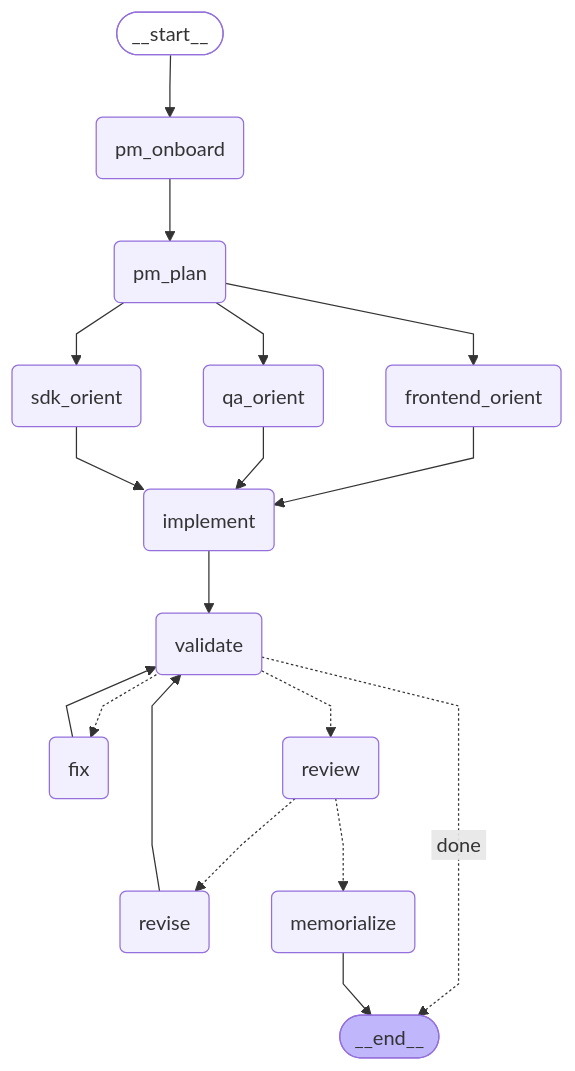
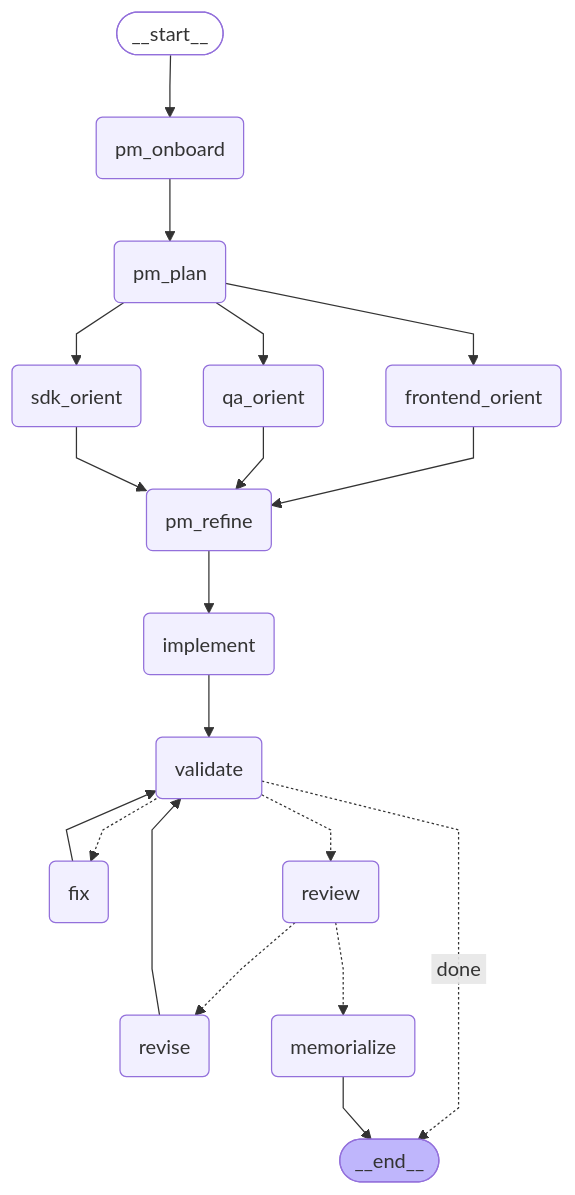
Before and after one commit to sdcarter/posh-overlay: the diagram in README.md, drawn with Mermaid. The commit also changed other lines of this file and 3 other files, not shown here.

First line of the commit message:
add pm_refine node — PM synthesizes orient reports into implementation brief

````diff
--- a/README.md
+++ b/README.md
@@ -85,41 +85,43 @@
 ```mermaid
 ---
 config:
   flowchart:
     curve: linear
 ---
 graph TD;
 	__start__([<p>__start__</p>]):::first
 	pm_onboard(pm_onboard)
 	pm_plan(pm_plan)
 	sdk_orient(sdk_orient)
 	frontend_orient(frontend_orient)
 	qa_orient(qa_orient)
+	pm_refine(pm_refine)
 	implement(implement)
 	validate(validate)
 	fix(fix)
 	review(review)
 	revise(revise)
 	memorialize(memorialize)
 	__end__([<p>__end__</p>]):::last
 	__start__ --> pm_onboard;
 	fix --> validate;
-	frontend_orient --> implement;
+	frontend_orient --> pm_refine;
 	implement --> validate;
 	pm_onboard --> pm_plan;
 	pm_plan --> frontend_orient;
 	pm_plan --> qa_orient;
 	pm_plan --> sdk_orient;
-	qa_orient --> implement;
+	pm_refine --> implement;
+	qa_orient --> pm_refine;
 	review -.-> memorialize;
 	review -.-> revise;
 	revise --> validate;
-	sdk_orient --> implement;
+	sdk_orient --> pm_refine;
 	validate -. &nbsp;done&nbsp; .-> __end__;
 	validate -.-> fix;
 	validate -.-> review;
 	memorialize --> __end__;
 	classDef default fill:#f2f0ff,line-height:1.2
 	classDef first fill-opacity:0
 	classDef last fill:#bfb6fc
 ```
````
